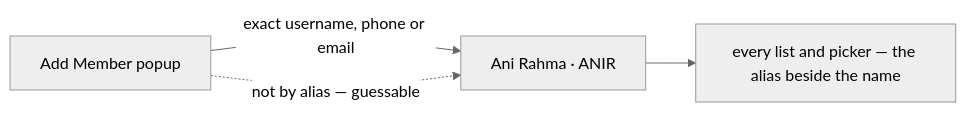
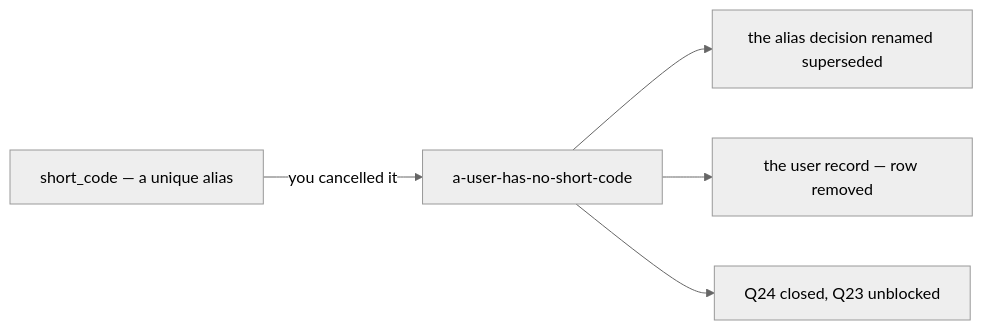
One commit to pdcgo/warehouse_revamp changed the fifth of 12 diagrams in docs/business/user/context_clarify.md. Above: the diagram before and after it, drawn with Mermaid (neutral theme). The commit also changed other lines of this file and 2 other files, not shown here.

First line of the commit message:
user: a-user-has-no-short-code - Q24 closed

````diff
--- a/docs/business/user/context_clarify.md
+++ b/docs/business/user/context_clarify.md
@@ -292,6 +402,7 @@
 ```mermaid
 flowchart LR
-  A["Ani Rahma · ANIR"] --> L["every list and picker — the alias beside the name"]
-  P["Add Member popup"] -->|"exact username, phone or email"| A
-  P -.->|"not by alias — guessable"| A
+  A["short_code — a unique alias"] -->|"you cancelled it"| B["a-user-has-no-short-code"]
+  B --> D["the alias decision renamed superseded"]
+  B --> T["the user record — row removed"]
+  B --> Q["Q24 closed, Q23 unblocked"]
 ```
````
